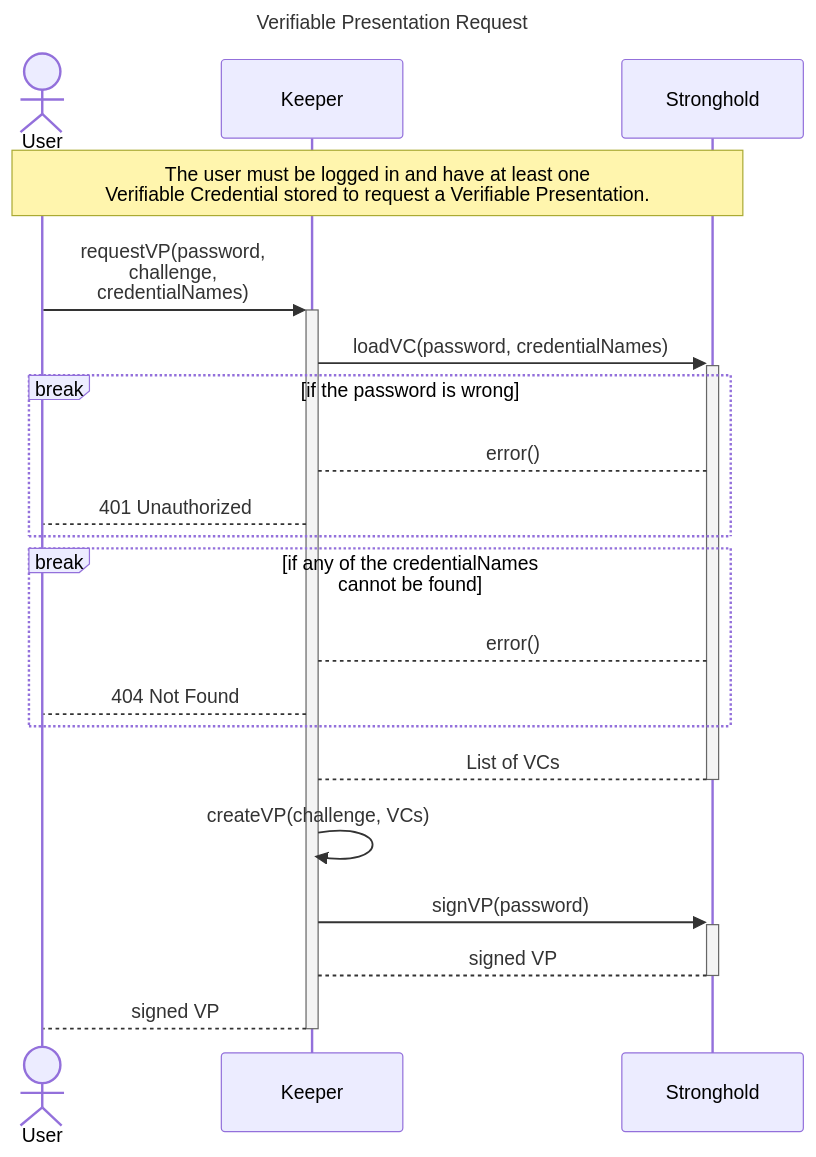
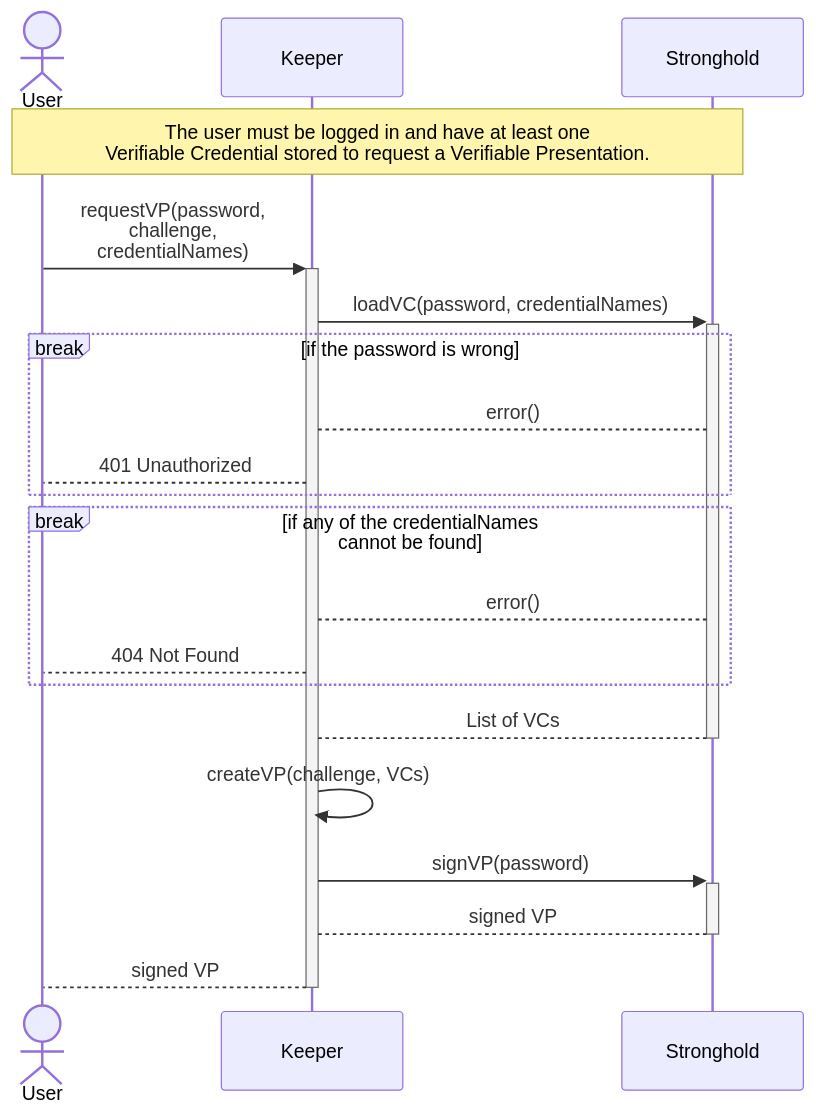
Before and after one commit to kkmarv/IOTA-Digital-Student-ID: the third of 3 diagrams in keeper/README.md, drawn with Mermaid.

Commit message:
remove mermaid header for version compatibility

````diff
--- a/keeper/README.md
+++ b/keeper/README.md
@@ -69,27 +69,27 @@
 ```mermaid
----
-title: Verifiable Presentation Request
----
+%%---
+%%title: Verifiable Presentation Request
+%%---
 sequenceDiagram
     actor U as User
     participant K as Keeper
     participant S as Stronghold
 
     Note over U,S: The user must be logged in and have at least one <br> Verifiable Credential stored to request a Verifiable Presentation.
 
     U->>+K: requestVP(password, <br>challenge, <br>credentialNames)
     K->>+S: loadVC(password, credentialNames)
     break if the password is wrong
         S-->K: error()
         K-->U: 401 Unauthorized
     end
     break if any of the credentialNames cannot be found
         S-->K: error()
         K-->U: 404 Not Found
     end
     S-->-K: List of VCs
     K->>K: createVP(challenge, VCs)
     K->>+S: signVP(password)
     S-->-K: signed VP
     K-->-U: signed VP
 ```
````
